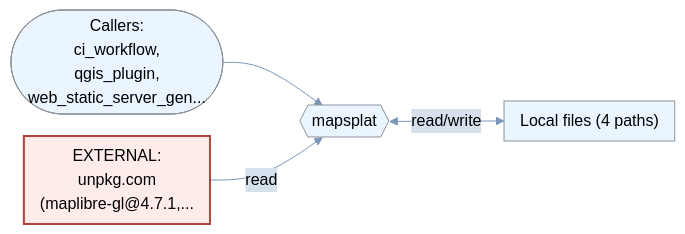
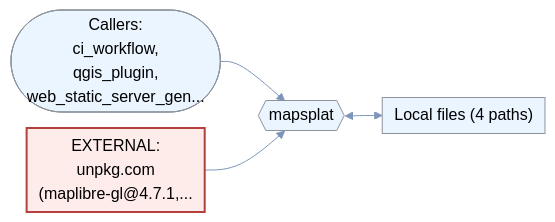
Diagram 15 of 42 in outputs/johnzastrow_Summary.md (johnzastrow/Roux7375Testresults), drawn with Mermaid before and after one commit. The commit also changed other lines of this file, not shown here.

First line of the commit message:
Enlarge data flow diagram text for letter-size printing

````diff
--- a/outputs/johnzastrow_Summary.md
+++ b/outputs/johnzastrow_Summary.md
@@ -1264,12 +1264,12 @@
 ```mermaid
-%%{init: {"theme":"base","flowchart":{"useMaxWidth":true,"nodeSpacing":22,"rankSpacing":45,"padding":8},"themeVariables":{"background":"#ffffff","primaryColor":"#ebf5ff","primaryTextColor":"#000000","primaryBorderColor":"#8c939b","lineColor":"#7c96bb","secondaryColor":"#d7e1ee","tertiaryColor":"#c3d2e5","fontFamily":"\"Inter\", \"Noto Sans SC\", sans-serif","fontSize":"14","pie1":"#b4413c","pie2":"#d9893b","pie3":"#7c96bb","pie4":"#73A78D","pie5":"#CB9B7A","pie6":"#6B8CAE","pie7":"#c3d2e5","pie8":"#8c939b"}}}%%
+%%{init: {"theme":"base","flowchart":{"useMaxWidth":true,"nodeSpacing":16,"rankSpacing":38,"padding":6},"themeVariables":{"background":"#ffffff","primaryColor":"#ebf5ff","primaryTextColor":"#000000","primaryBorderColor":"#8c939b","lineColor":"#7c96bb","secondaryColor":"#d7e1ee","tertiaryColor":"#c3d2e5","fontFamily":"\"Inter\", \"Noto Sans SC\", sans-serif","fontSize":"17","pie1":"#b4413c","pie2":"#d9893b","pie3":"#7c96bb","pie4":"#73A78D","pie5":"#CB9B7A","pie6":"#6B8CAE","pie7":"#c3d2e5","pie8":"#8c939b"}}}%%
 flowchart LR
     APP{{"mapsplat"}}
     U(["Callers:<br>ci_workflow,<br>qgis_plugin,<br>web_static_server_gen..."]) --> APP
     F1["Local files (4 paths)"]
-    APP <-->|read/write| F1
+    APP <--> F1
     E2["EXTERNAL:<br>unpkg.com<br>(maplibre-gl@4.7.1,..."]
-    E2 -->|read| APP
+    E2 --> APP
     class E2 ext
     classDef ext fill:#fdecea,stroke:#b4413c,stroke-width:2px,color:#000000
 ```
````
